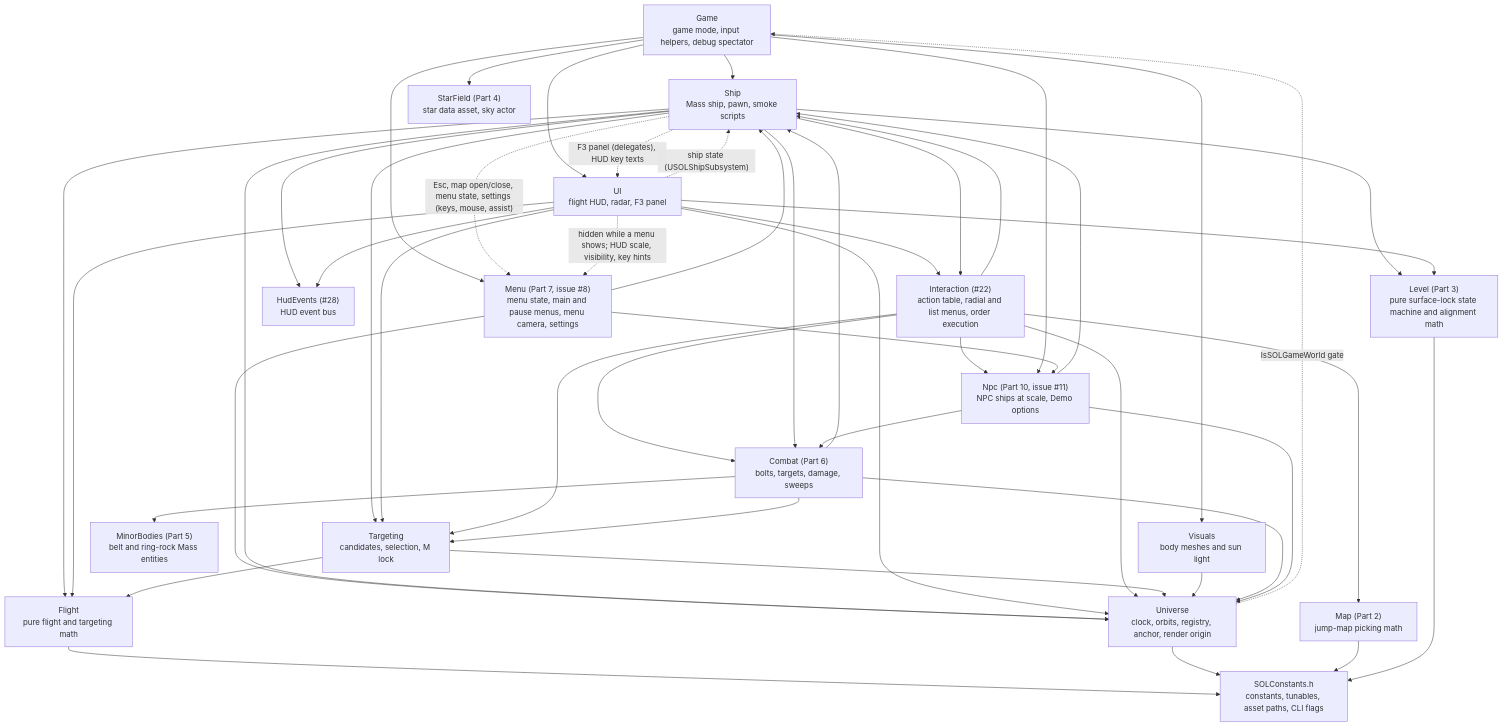
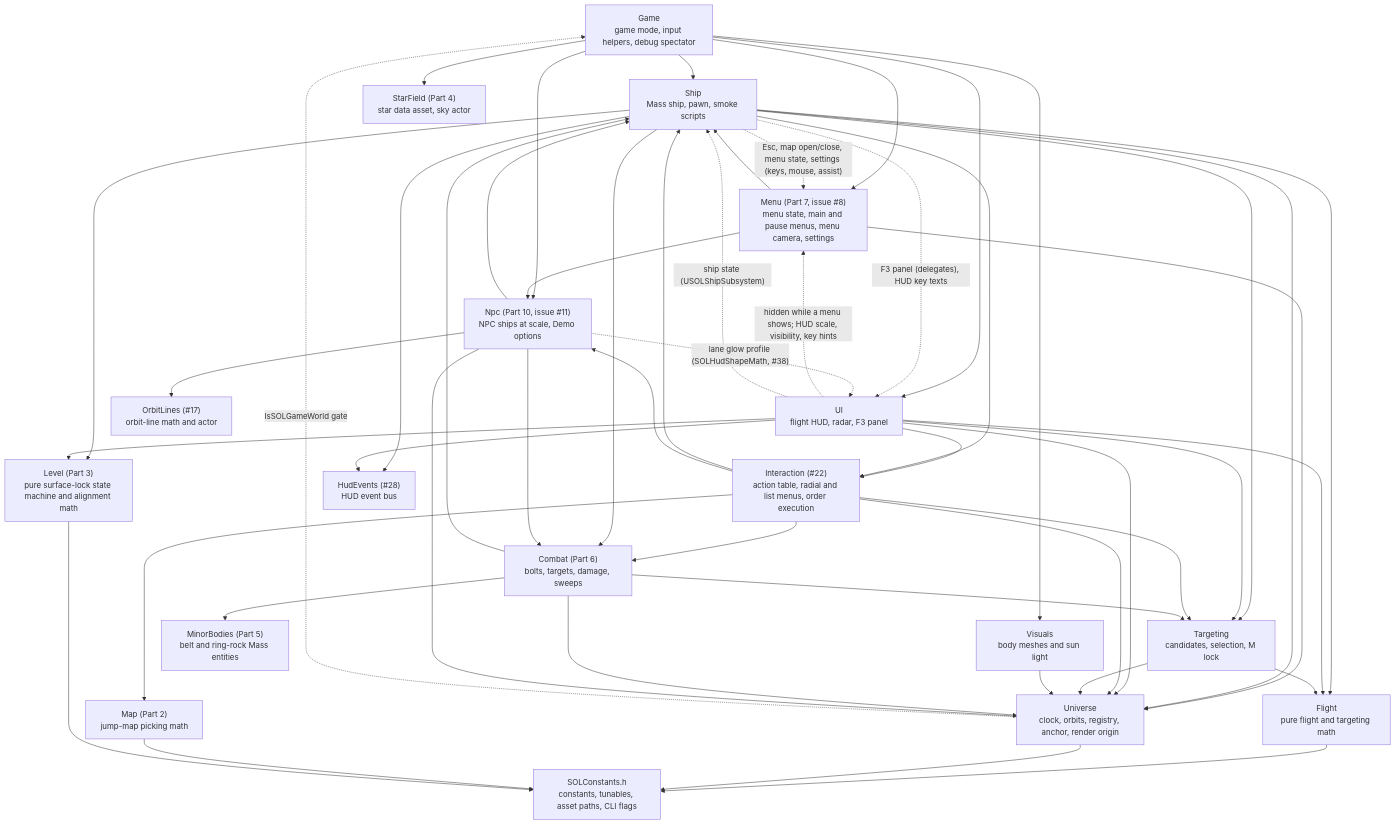
The first of 4 diagrams in Docs/ARCHITECTURE.md (DieSlower/SOLTest), drawn with Mermaid before and after one commit. The commit also changed other lines of this file and 26 other files, not shown here.

First line of the commit message:
Issue #38: Part 38a - lane math, Lanes overlay row and settings schema 13

````diff
--- a/Docs/ARCHITECTURE.md
+++ b/Docs/ARCHITECTURE.md
@@ -27,67 +27,69 @@
 ```mermaid
 flowchart TD
     Game["Game<br/>game mode, input helpers, debug spectator"]
     Menu["Menu (Part 7, issue #8)<br/>menu state, main and pause menus, menu camera, settings"]
     Ship["Ship<br/>Mass ship, pawn, smoke scripts"]
     UI["UI<br/>flight HUD, radar, F3 panel"]
     Targeting["Targeting<br/>candidates, selection, M lock"]
     Interaction["Interaction (#22)<br/>action table, radial and list menus, order execution"]
     Visuals["Visuals<br/>body meshes and sun light"]
     StarField["StarField (Part 4)<br/>star data asset, sky actor"]
     Map["Map (Part 2)<br/>jump-map picking math"]
     Combat["Combat (Part 6)<br/>bolts, targets, damage, sweeps"]
     MinorBodies["MinorBodies (Part 5)<br/>belt and ring-rock Mass entities"]
     Npc["Npc (Part 10, issue #11)<br/>NPC ships at scale, Demo options"]
     Level["Level (Part 3)<br/>pure surface-lock state machine and alignment math"]
     Flight["Flight<br/>pure flight and targeting math"]
     Universe["Universe<br/>clock, orbits, registry, anchor, render origin"]
     Const["SOLConstants.h<br/>constants, tunables, asset paths, CLI flags"]
 
     Game --> Ship
     Game --> Menu
     Menu --> Ship
     Menu --> Universe
     Ship -. "Esc, map open/close, menu state, settings (keys, mouse, assist)" .-> Menu
     UI -. "hidden while a menu shows; HUD scale, visibility, key hints" .-> Menu
     Game --> UI
     Game --> Visuals
     Game --> StarField
     Ship --> Targeting
     Ship --> Flight
     Ship --> Level
     UI --> Level
     Ship --> Universe
     Ship -. "F3 panel (delegates), HUD key texts" .-> UI
     UI -. "ship state (USOLShipSubsystem)" .-> Ship
     Ship --> HudEvents["HudEvents (#28)<br/>HUD event bus"]
     UI --> HudEvents
     UI --> Targeting
     UI --> Universe
     UI --> Flight
     UI --> Interaction
     Ship --> Interaction
     Interaction --> Targeting
     Interaction --> Ship
     Interaction --> Map
     Interaction --> Combat
     Interaction --> Npc
     Interaction --> Universe
     Targeting --> Flight
     Targeting --> Universe
     Visuals --> Universe
     Ship --> Combat
     Combat --> Ship
     Combat --> Targeting
     Combat --> MinorBodies
     Combat --> Universe
     Game --> Npc
     Menu --> Npc
     Npc --> Universe
     Npc --> Ship
     Npc --> Combat
+    Npc -. "lane glow profile (SOLHudShapeMath, #38)" .-> UI
+    Npc --> OrbitLines["OrbitLines (#17)<br/>orbit-line math and actor"]
     Universe -. "IsSOLGameWorld gate" .-> Game
     Flight --> Const
     Universe --> Const
     Map --> Const
     Level --> Const
 ```
````
